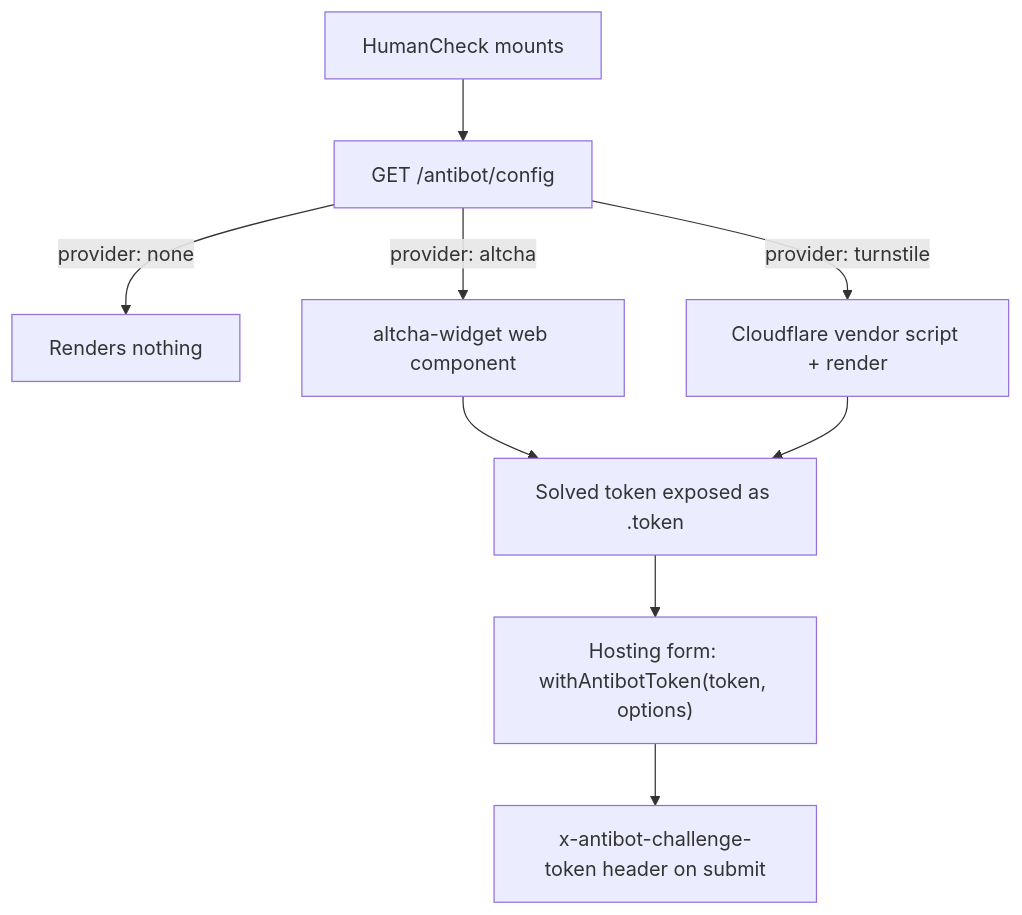
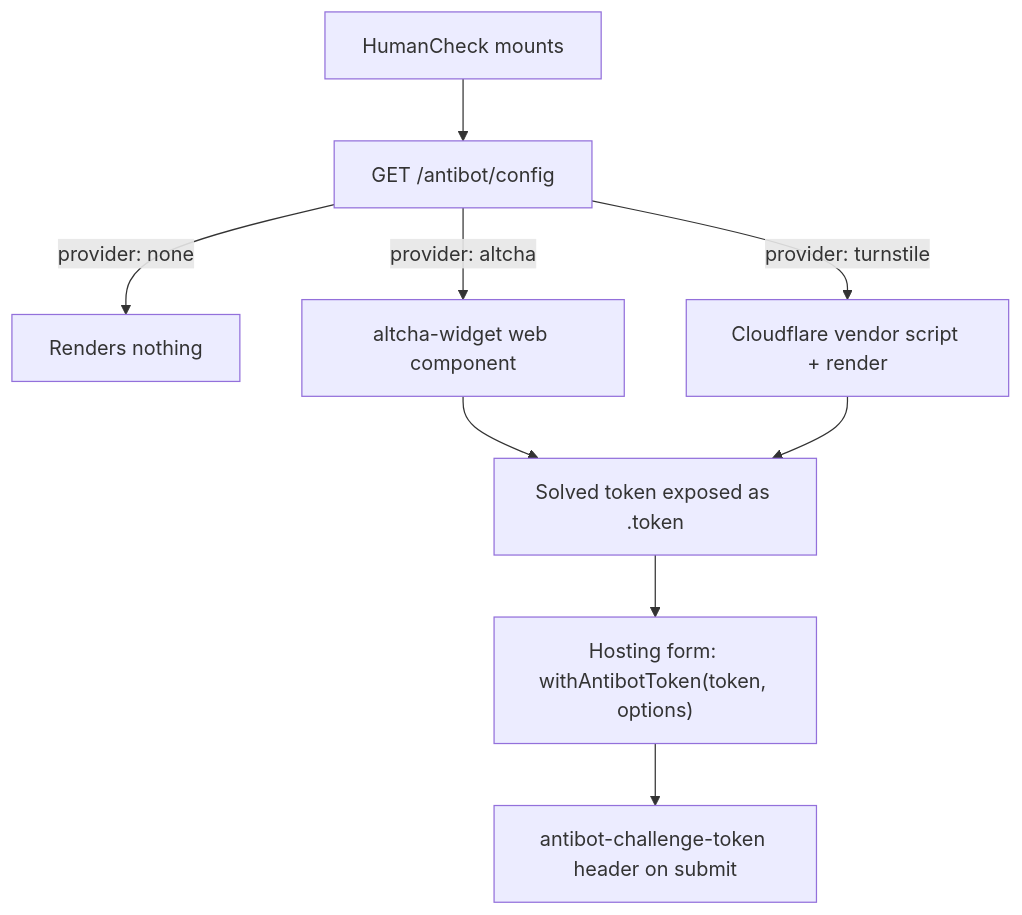
One commit to Guebbit/boilerplate-vue-frontend changed the third of 3 diagrams in docs/tools/security.md. Above: the diagram before and after it, drawn with Mermaid. The commit also changed other lines of this file and 21 other files, not shown here.

````diff
--- a/docs/tools/security.md
+++ b/docs/tools/security.md
@@ -174,11 +174,11 @@
 ```mermaid
 flowchart TD
     A[HumanCheck mounts] --> B[GET /antibot/config]
     B -->|provider: none| C[Renders nothing]
     B -->|provider: altcha| D[altcha-widget web component]
     B -->|provider: turnstile| E[Cloudflare vendor script + render]
     D --> F[Solved token exposed as .token]
     E --> F
     F --> G["Hosting form: withAntibotToken(token, options)"]
-    G --> H[x-antibot-challenge-token header on submit]
+    G --> H[antibot-challenge-token header on submit]
 ```
````
